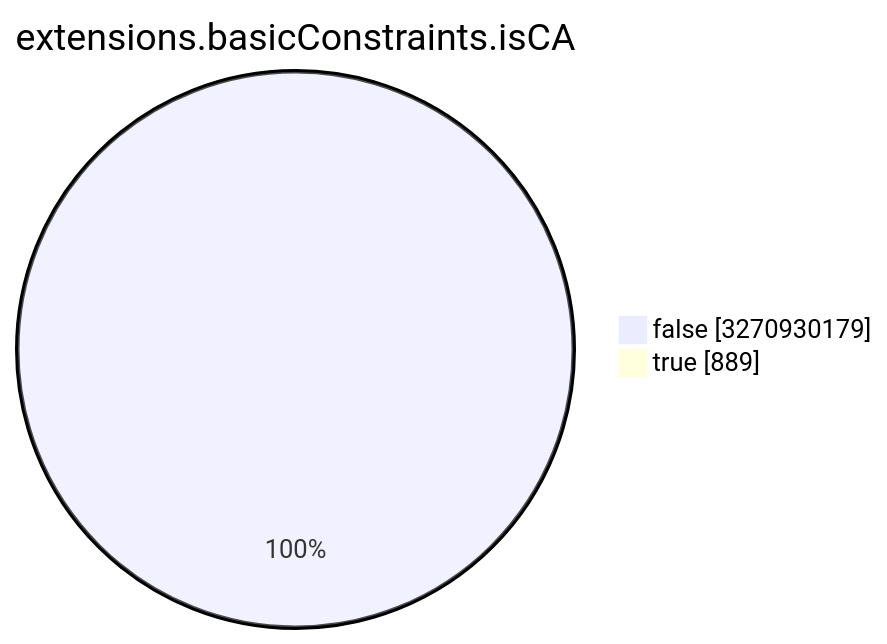
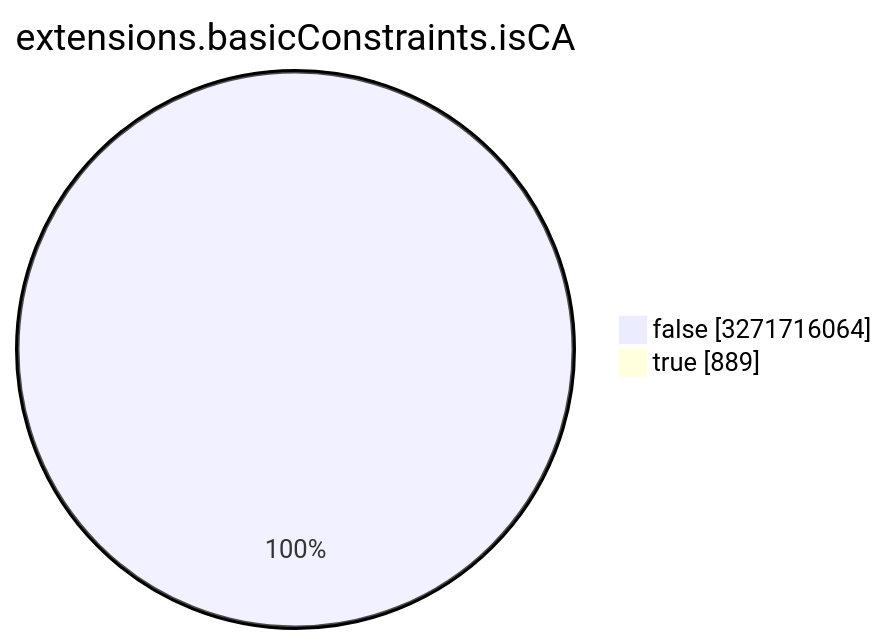
The seventh of 15 diagrams in TOTAL/README.md (christiankrug/ctmonitor_visualization), drawn with Mermaid before and after one commit. The commit also changed other lines of this file, not shown here.

````diff
--- a/TOTAL/README.md
+++ b/TOTAL/README.md
@@ -3089,6 +3089,6 @@
 ```mermaid
 pie showData
 title extensions.basicConstraints.isCA
-"false" :3270930179
+"false" :3271716064
 "true" :889
 ```
````
